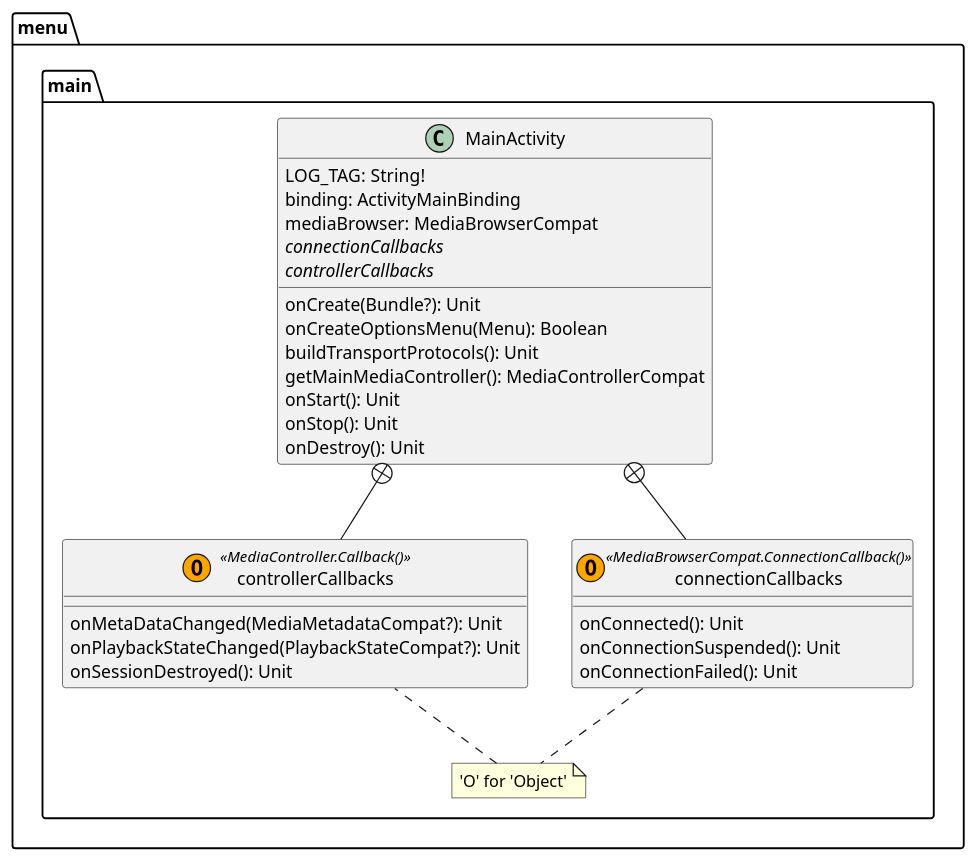
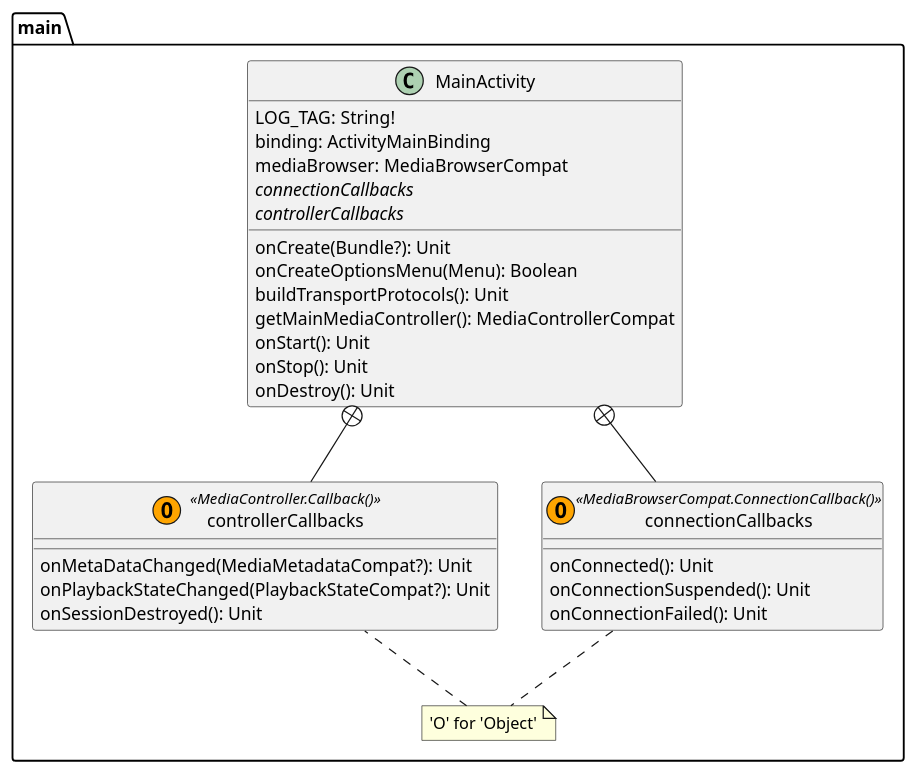
Before and after one commit to vertigonale/botify2: the diagram in Documents/classMainActivity_new.puml, drawn with PlantUML. The commit also changed 2 other files, not shown here.

```diff
--- a/Documents/classMainActivity_new.puml
+++ b/Documents/classMainActivity_new.puml
@@ -1,46 +1,44 @@
 @startuml
 'comment
 
 ' packages
-package "menu" {
-    package "main" {
-        class MainActivity {
-            LOG_TAG: String!
-            binding: ActivityMainBinding
-            mediaBrowser: MediaBrowserCompat
-            //connectionCallbacks//
-            //controllerCallbacks//
-            onCreate(Bundle?): Unit
-            onCreateOptionsMenu(Menu): Boolean
-            buildTransportProtocols(): Unit
-            getMainMediaController(): MediaControllerCompat
-            onStart(): Unit
-            onStop(): Unit
-            onDestroy(): Unit
-        }
+package "main" {
+    class MainActivity {
+        LOG_TAG: String!
+        binding: ActivityMainBinding
+        mediaBrowser: MediaBrowserCompat
+        //connectionCallbacks//
+        //controllerCallbacks//
+        onCreate(Bundle?): Unit
+        onCreateOptionsMenu(Menu): Boolean
+        buildTransportProtocols(): Unit
+        getMainMediaController(): MediaControllerCompat
+        onStart(): Unit
+        onStop(): Unit
+        onDestroy(): Unit
+    }
 
-        class connectionCallbacks <<(O,orange)MediaBrowserCompat.ConnectionCallback()>> {
-        		onConnected(): Unit
-        		onConnectionSuspended(): Unit
-        		onConnectionFailed(): Unit
-        }
+    class connectionCallbacks <<(O,orange)MediaBrowserCompat.ConnectionCallback()>> {
+            onConnected(): Unit
+            onConnectionSuspended(): Unit
+            onConnectionFailed(): Unit
+    }
 
-        class controllerCallbacks <<(O,orange)MediaController.Callback()>> {
-        		onMetaDataChanged(MediaMetadataCompat?): Unit
-        		onPlaybackStateChanged(PlaybackStateCompat?): Unit
-        		onSessionDestroyed(): Unit
-        }
+    class controllerCallbacks <<(O,orange)MediaController.Callback()>> {
+            onMetaDataChanged(MediaMetadataCompat?): Unit
+            onPlaybackStateChanged(PlaybackStateCompat?): Unit
+            onSessionDestroyed(): Unit
+    }
 
-        note "'O' for 'Object'" as N2
-        connectionCallbacks .. N2
-        N2 .. controllerCallbacks
-    }
+    note "'O' for 'Object'" as N2
+    connectionCallbacks .. N2
+    N2 .. controllerCallbacks
 }
 
 ' dependencies
     MainActivity +-- connectionCallbacks
     MainActivity +-- controllerCallbacks
 
 ' output layout
 	controllerCallbacks -[hidden]> connectionCallbacks
 @enduml
```
